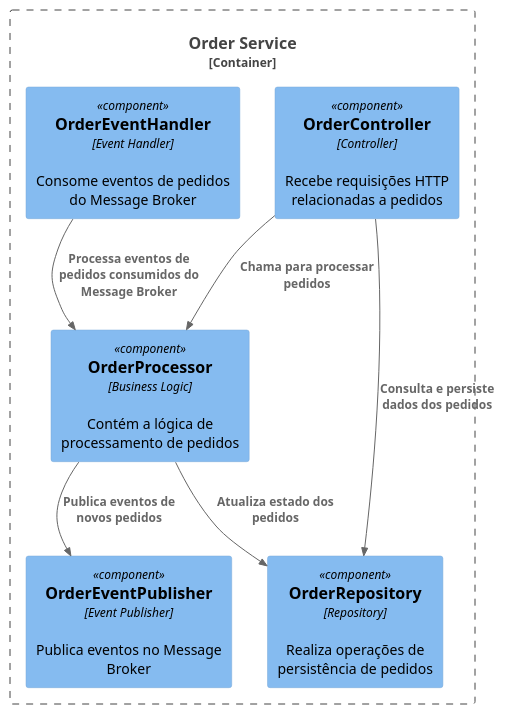
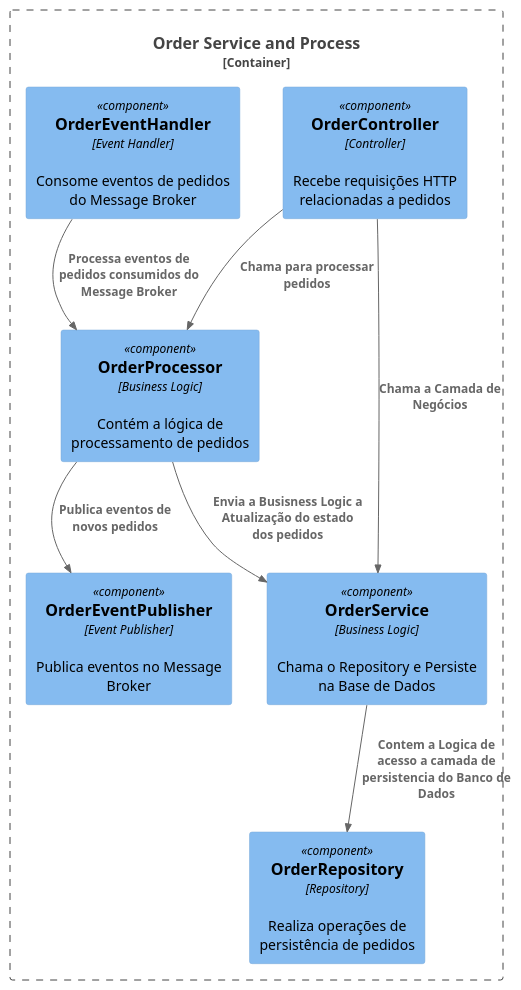
One commit to jnerydesigner/Bemol changed the diagram in n4-code.plantuml. Above: the diagram before and after it, drawn with PlantUML. The commit also changed 4 other files, not shown here.

```diff
--- a/n4-code.plantuml
+++ b/n4-code.plantuml
@@ -1,20 +1,21 @@
 @startuml Code n4
 !include https://raw.githubusercontent.com/plantuml-stdlib/C4-PlantUML/master/C4_Component.puml
 
-Container_Boundary(orderService, "Order Service") {
-
+Container_Boundary(orderServiceAndProcess, "Order Service and Process") {
     Component(orderController, "OrderController", "Controller", "Recebe requisições HTTP relacionadas a pedidos")
     Component(orderEventHandler, "OrderEventHandler", "Event Handler", "Consome eventos de pedidos do Message Broker")
     Component(orderRepository, "OrderRepository", "Repository", "Realiza operações de persistência de pedidos")
     Component(orderProcessor, "OrderProcessor", "Business Logic", "Contém a lógica de processamento de pedidos")
     Component(orderEventPublisher, "OrderEventPublisher", "Event Publisher", "Publica eventos no Message Broker")
+    Component(orderService, "OrderService", "Business Logic", "Chama o Repository e Persiste na Base de Dados")
 }
 
-' Relações internas
+
 Rel(orderController, orderProcessor, "Chama para processar pedidos")
-Rel(orderController, orderRepository, "Consulta e persiste dados dos pedidos")
-Rel(orderProcessor, orderRepository, "Atualiza estado dos pedidos")
+Rel(orderProcessor, orderService, "Envia a Busisness Logic a Atualização do estado dos pedidos")
 Rel(orderProcessor, orderEventPublisher, "Publica eventos de novos pedidos")
 Rel(orderEventHandler, orderProcessor, "Processa eventos de pedidos consumidos do Message Broker")
+Rel(orderController, orderService, "Chama a Camada de Negócios")
+Rel(orderService, orderRepository, "Contem a Logica de acesso a camada de persistencia do Banco de Dados")
 
 @enduml
```
